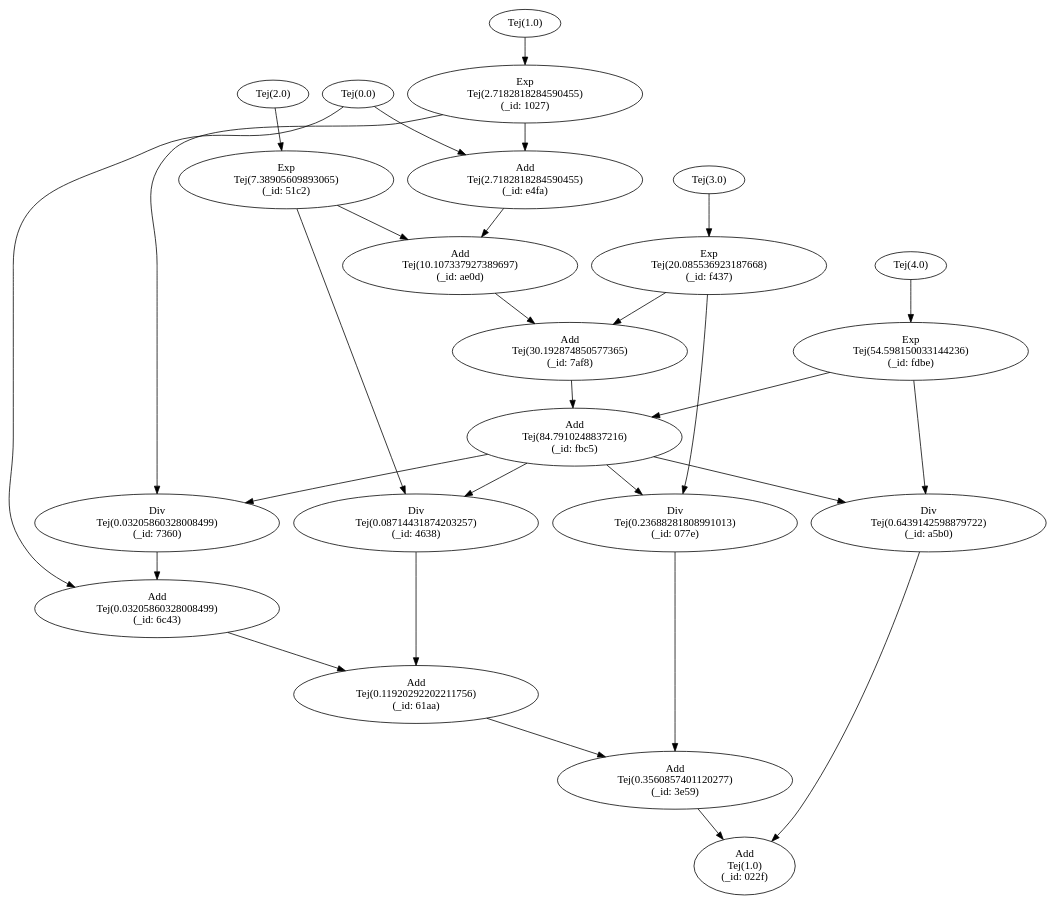
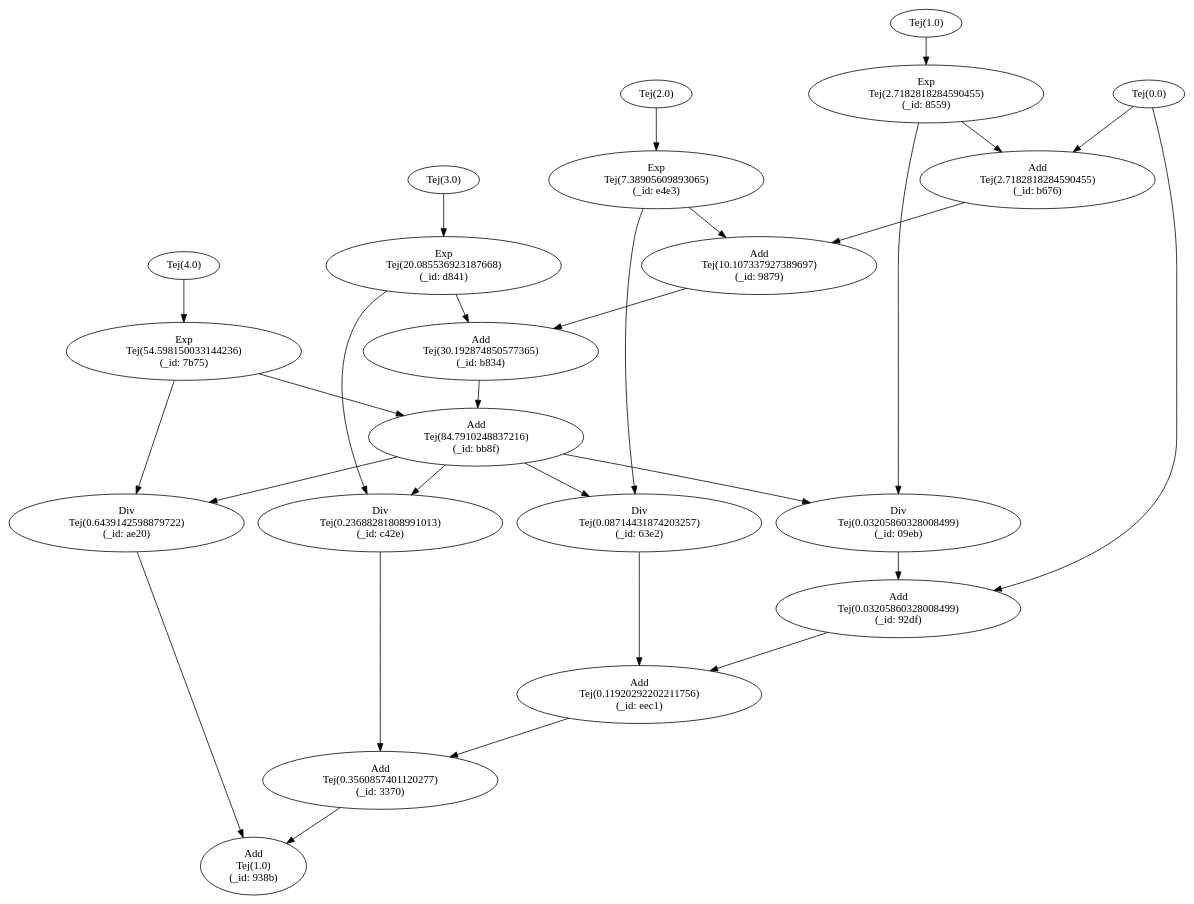
Before and after one commit to Quafadas/inspireRAD: the diagram in spireAD/experiments/tmp.dot, drawn with Graphviz. The commit also changed 1 other file, not shown here.

```diff
--- a/spireAD/experiments/tmp.dot
+++ b/spireAD/experiments/tmp.dot
@@ -1,133 +1,133 @@
 digraph {
+  "Div 
+ Tej(0.6439142598879722) 
+ (_id: ae20)" -> "Add 
+ Tej(1.0) 
+ (_id: 938b)";
+  "Add 
+ Tej(0.03205860328008499) 
+ (_id: 92df)" -> "Add 
+ Tej(0.11920292202211756) 
+ (_id: eec1)";
+  "Exp 
+ Tej(54.598150033144236) 
+ (_id: 7b75)" -> "Add 
+ Tej(84.7910248837216) 
+ (_id: bb8f)";
+  "Exp 
+ Tej(54.598150033144236) 
+ (_id: 7b75)" -> "Div 
+ Tej(0.6439142598879722) 
+ (_id: ae20)";
+  "Add 
+ Tej(0.3560857401120277) 
+ (_id: 3370)" -> "Add 
+ Tej(1.0) 
+ (_id: 938b)";
   "Tej(2.0)" -> "Exp 
  Tej(7.38905609893065) 
- (_id: 51c2)";
+ (_id: e4e3)";
+  "Add 
+ Tej(0.11920292202211756) 
+ (_id: eec1)" -> "Add 
+ Tej(0.3560857401120277) 
+ (_id: 3370)";
   "Add 
  Tej(10.107337927389697) 
- (_id: ae0d)" -> "Add 
+ (_id: 9879)" -> "Add 
  Tej(30.192874850577365) 
- (_id: 7af8)";
+ (_id: b834)";
+  "Div 
+ Tej(0.08714431874203257) 
+ (_id: 63e2)" -> "Add 
+ Tej(0.11920292202211756) 
+ (_id: eec1)";
   "Add 
  Tej(30.192874850577365) 
- (_id: 7af8)" -> "Add 
+ (_id: b834)" -> "Add 
  Tej(84.7910248837216) 
- (_id: fbc5)";
+ (_id: bb8f)";
+  "Tej(0.0)" -> "Add 
+ Tej(2.7182818284590455) 
+ (_id: b676)";
+  "Tej(0.0)" -> "Add 
+ Tej(0.03205860328008499) 
+ (_id: 92df)";
+  "Add 
+ Tej(84.7910248837216) 
+ (_id: bb8f)" -> "Div 
+ Tej(0.6439142598879722) 
+ (_id: ae20)";
+  "Add 
+ Tej(84.7910248837216) 
+ (_id: bb8f)" -> "Div 
+ Tej(0.03205860328008499) 
+ (_id: 09eb)";
+  "Add 
+ Tej(84.7910248837216) 
+ (_id: bb8f)" -> "Div 
+ Tej(0.08714431874203257) 
+ (_id: 63e2)";
+  "Add 
+ Tej(84.7910248837216) 
+ (_id: bb8f)" -> "Div 
+ Tej(0.23688281808991013) 
+ (_id: c42e)";
+  "Tej(1.0)" -> "Exp 
+ Tej(2.7182818284590455) 
+ (_id: 8559)";
+  "Exp 
+ Tej(2.7182818284590455) 
+ (_id: 8559)" -> "Div 
+ Tej(0.03205860328008499) 
+ (_id: 09eb)";
+  "Exp 
+ Tej(2.7182818284590455) 
+ (_id: 8559)" -> "Add 
+ Tej(2.7182818284590455) 
+ (_id: b676)";
   "Div 
  Tej(0.03205860328008499) 
- (_id: 7360)" -> "Add 
+ (_id: 09eb)" -> "Add 
  Tej(0.03205860328008499) 
- (_id: 6c43)";
+ (_id: 92df)";
+  "Tej(4.0)" -> "Exp 
+ Tej(54.598150033144236) 
+ (_id: 7b75)";
   "Add 
  Tej(1.0) 
- (_id: 022f)";
+ (_id: 938b)";
+  "Exp 
+ Tej(20.085536923187668) 
+ (_id: d841)" -> "Add 
+ Tej(30.192874850577365) 
+ (_id: b834)";
+  "Exp 
+ Tej(20.085536923187668) 
+ (_id: d841)" -> "Div 
+ Tej(0.23688281808991013) 
+ (_id: c42e)";
+  "Add 
+ Tej(2.7182818284590455) 
+ (_id: b676)" -> "Add 
+ Tej(10.107337927389697) 
+ (_id: 9879)";
+  "Exp 
+ Tej(7.38905609893065) 
+ (_id: e4e3)" -> "Add 
+ Tej(10.107337927389697) 
+ (_id: 9879)";
+  "Exp 
+ Tej(7.38905609893065) 
+ (_id: e4e3)" -> "Div 
+ Tej(0.08714431874203257) 
+ (_id: 63e2)";
+  "Div 
+ Tej(0.23688281808991013) 
+ (_id: c42e)" -> "Add 
+ Tej(0.3560857401120277) 
+ (_id: 3370)";
   "Tej(3.0)" -> "Exp 
  Tej(20.085536923187668) 
- (_id: f437)";
-  "Div 
- Tej(0.6439142598879722) 
- (_id: a5b0)" -> "Add 
- Tej(1.0) 
- (_id: 022f)";
-  "Exp 
- Tej(7.38905609893065) 
- (_id: 51c2)" -> "Add 
- Tej(10.107337927389697) 
- (_id: ae0d)";
-  "Exp 
- Tej(7.38905609893065) 
- (_id: 51c2)" -> "Div 
- Tej(0.08714431874203257) 
- (_id: 4638)";
-  "Tej(0.0)" -> "Add 
- Tej(0.03205860328008499) 
- (_id: 6c43)";
-  "Add 
- Tej(0.11920292202211756) 
- (_id: 61aa)" -> "Add 
- Tej(0.3560857401120277) 
- (_id: 3e59)";
-  "Exp 
- Tej(54.598150033144236) 
- (_id: fdbe)" -> "Add 
- Tej(84.7910248837216) 
- (_id: fbc5)";
-  "Exp 
- Tej(54.598150033144236) 
- (_id: fdbe)" -> "Div 
- Tej(0.6439142598879722) 
- (_id: a5b0)";
-  "Tej(1.0)" -> "Exp 
- Tej(2.7182818284590455) 
- (_id: 1027)";
-  "Div 
- Tej(0.23688281808991013) 
- (_id: 077e)" -> "Add 
- Tej(0.3560857401120277) 
- (_id: 3e59)";
-  "Exp 
- Tej(2.7182818284590455) 
- (_id: 1027)" -> "Div 
- Tej(0.03205860328008499) 
- (_id: 7360)";
-  "Exp 
- Tej(2.7182818284590455) 
- (_id: 1027)" -> "Add 
- Tej(2.7182818284590455) 
- (_id: e4fa)";
-  "Add 
- Tej(84.7910248837216) 
- (_id: fbc5)" -> "Div 
- Tej(0.03205860328008499) 
- (_id: 7360)";
-  "Add 
- Tej(84.7910248837216) 
- (_id: fbc5)" -> "Div 
- Tej(0.23688281808991013) 
- (_id: 077e)";
-  "Add 
- Tej(84.7910248837216) 
- (_id: fbc5)" -> "Div 
- Tej(0.08714431874203257) 
- (_id: 4638)";
-  "Add 
- Tej(84.7910248837216) 
- (_id: fbc5)" -> "Div 
- Tej(0.6439142598879722) 
- (_id: a5b0)";
-  "Div 
- Tej(0.08714431874203257) 
- (_id: 4638)" -> "Add 
- Tej(0.11920292202211756) 
- (_id: 61aa)";
-  "Exp 
- Tej(20.085536923187668) 
- (_id: f437)" -> "Add 
- Tej(30.192874850577365) 
- (_id: 7af8)";
-  "Exp 
- Tej(20.085536923187668) 
- (_id: f437)" -> "Div 
- Tej(0.23688281808991013) 
- (_id: 077e)";
-  "Add 
- Tej(0.3560857401120277) 
- (_id: 3e59)" -> "Add 
- Tej(1.0) 
- (_id: 022f)";
-  "Tej(0.0)" -> "Add 
- Tej(2.7182818284590455) 
- (_id: e4fa)";
-  "Add 
- Tej(0.03205860328008499) 
- (_id: 6c43)" -> "Add 
- Tej(0.11920292202211756) 
- (_id: 61aa)";
-  "Add 
- Tej(2.7182818284590455) 
- (_id: e4fa)" -> "Add 
- Tej(10.107337927389697) 
- (_id: ae0d)";
-  "Tej(4.0)" -> "Exp 
- Tej(54.598150033144236) 
- (_id: fdbe)";
+ (_id: d841)";
 }
```
